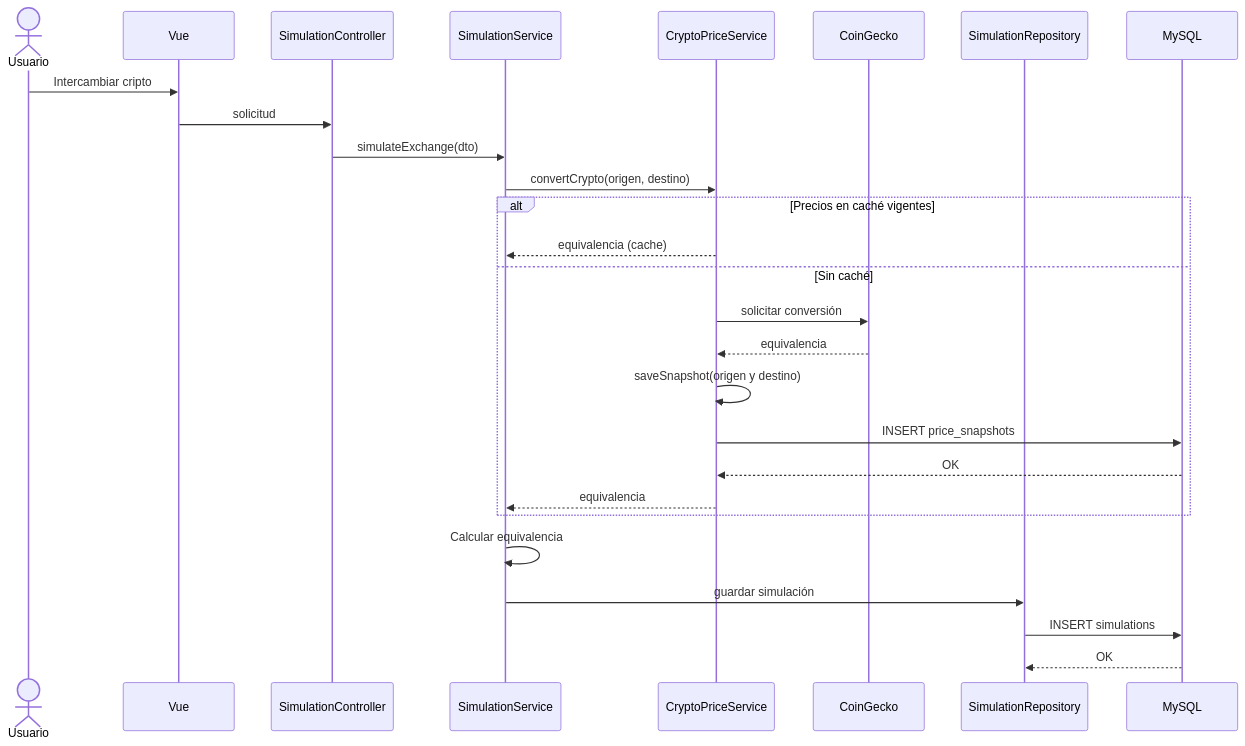
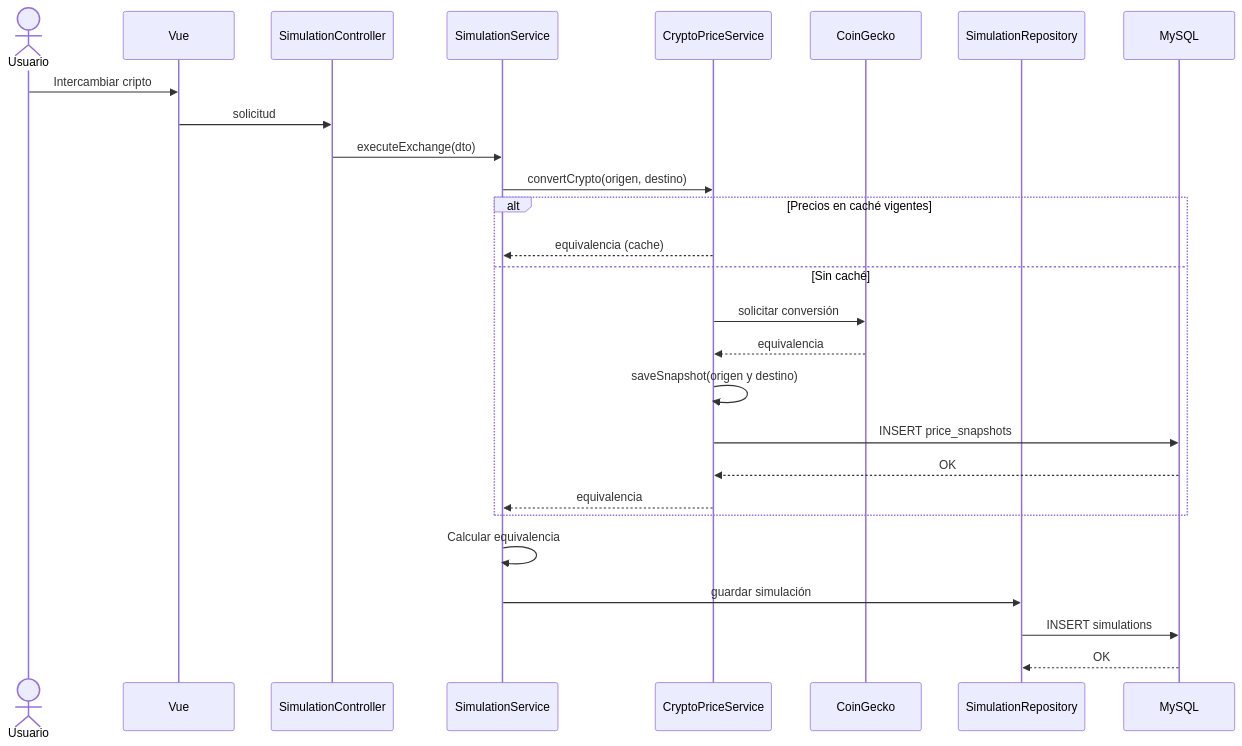
Before and after one commit to fernandocamargo-ae/CoinScope: diagram 13 of 15 in docs/plataforma-simulacion-criptomonedas.md, drawn with Mermaid. The commit also changed other lines of this file and 51 other files, not shown here.

````diff
--- a/docs/plataforma-simulacion-criptomonedas.md
+++ b/docs/plataforma-simulacion-criptomonedas.md
@@ -742,32 +747,32 @@
 ```mermaid
 sequenceDiagram
     actor Usuario
     participant Vue
     participant Ctrl as SimulationController
     participant Svc as SimulationService
     participant Price as CryptoPriceService
     participant API as CoinGecko
     participant Repo as SimulationRepository
     participant DB as MySQL
 
     Usuario->>Vue: Intercambiar cripto
     Vue->>Ctrl: solicitud
-    Ctrl->>Svc: simulateExchange(dto)
+    Ctrl->>Svc: executeExchange(dto)
     Svc->>Price: convertCrypto(origen, destino)
 
     alt Precios en caché vigentes
         Price-->>Svc: equivalencia (cache)
     else Sin caché
         Price->>API: solicitar conversión
         API-->>Price: equivalencia
         Price->>Price: saveSnapshot(origen y destino)
         Price->>DB: INSERT price_snapshots
         DB-->>Price: OK
         Price-->>Svc: equivalencia
     end
 
     Svc->>Svc: Calcular equivalencia
     Svc->>Repo: guardar simulación
     Repo->>DB: INSERT simulations
     DB-->>Repo: OK
 ```
````
